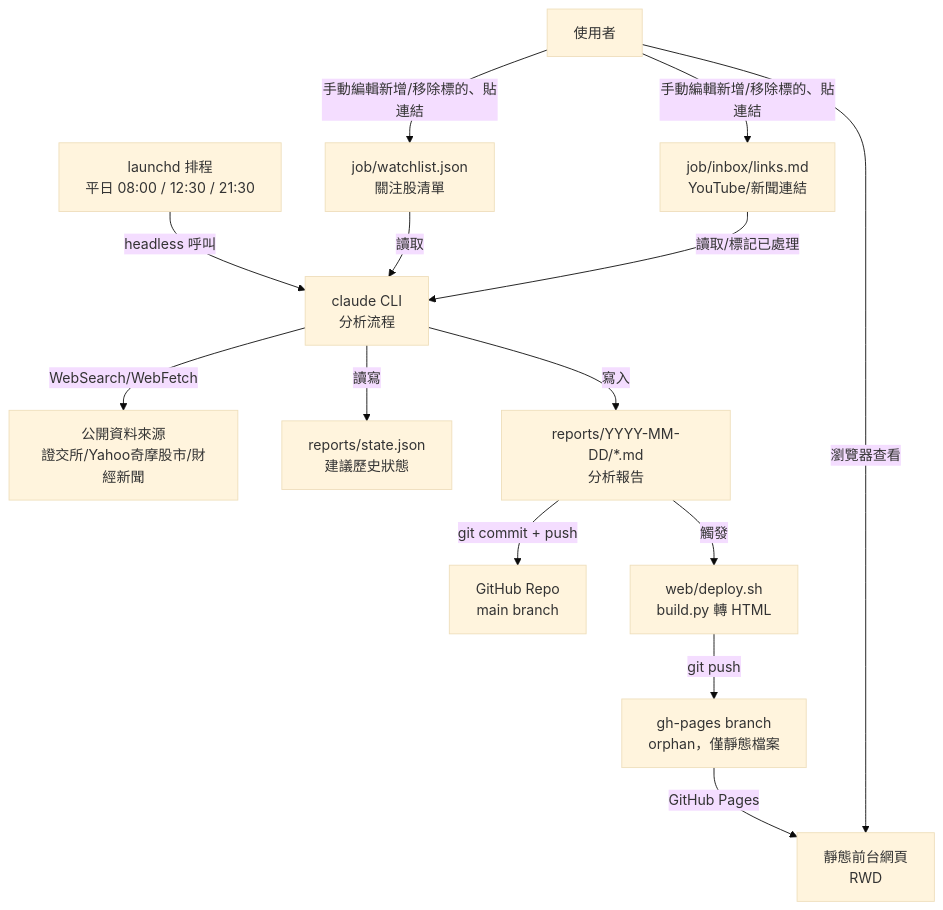
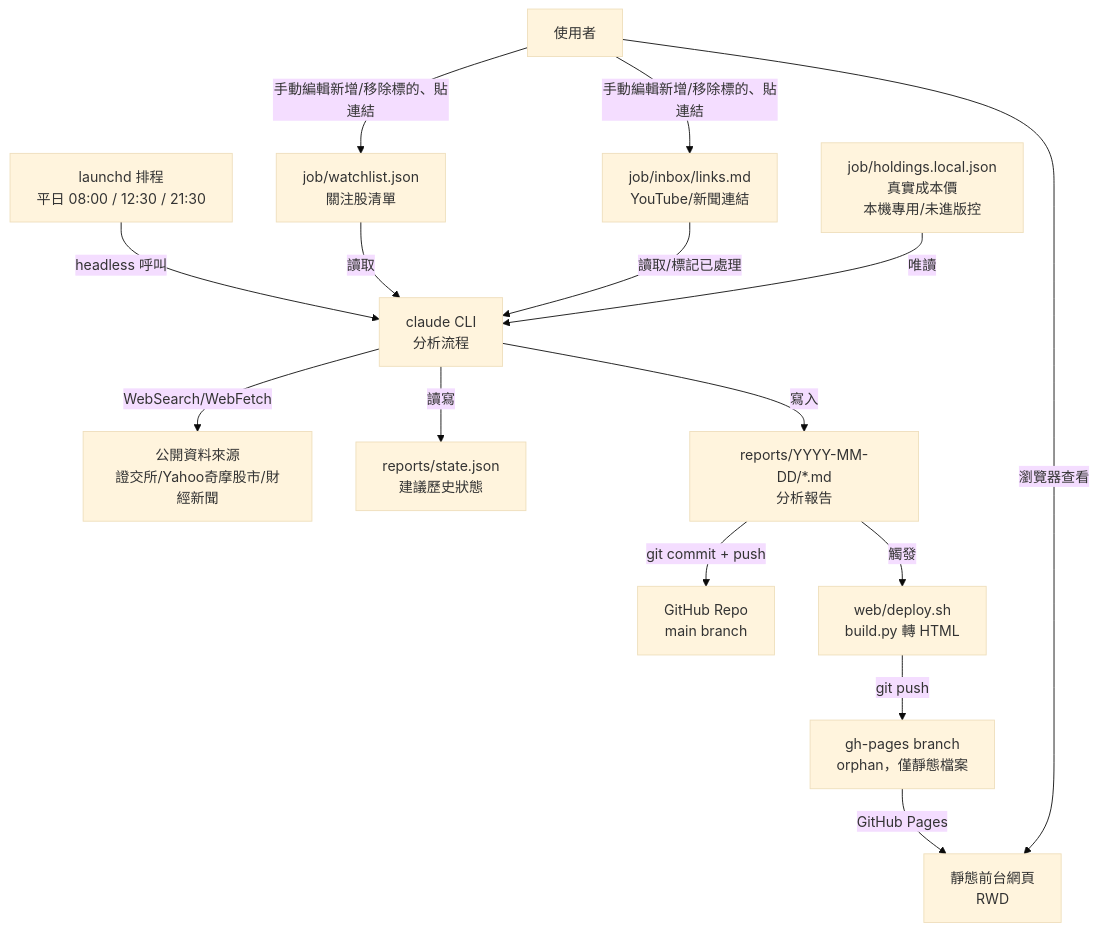
The diagram in docs/design/ARCHITECTURE.md (Blackjtsai/blackj-stock-point-guard), drawn with Mermaid (base theme) before and after one commit. The commit also changed other lines of this file and 11 other files, not shown here.

````diff
--- a/docs/design/ARCHITECTURE.md
+++ b/docs/design/ARCHITECTURE.md
@@ -5,16 +5,17 @@
 ```mermaid
 graph TD
     L[launchd 排程<br/>平日 08:00 / 12:30 / 21:30] -->|headless 呼叫| C[claude CLI<br/>分析流程]
     C -->|WebSearch/WebFetch| D[公開資料來源<br/>證交所/Yahoo奇摩股市/財經新聞]
     WL[job/watchlist.json<br/>關注股清單] -->|讀取| C
     IB[job/inbox/links.md<br/>YouTube/新聞連結] -->|讀取/標記已處理| C
+    HL[job/holdings.local.json<br/>真實成本價<br/>本機專用/未進版控] -->|唯讀| C
     C -->|讀寫| S[reports/state.json<br/>建議歷史狀態]
     C -->|寫入| R[reports/YYYY-MM-DD/*.md<br/>分析報告]
     R -->|git commit + push| G[GitHub Repo<br/>main branch]
     R -->|觸發| B[web/deploy.sh<br/>build.py 轉 HTML]
     B -->|git push| GP[gh-pages branch<br/>orphan，僅靜態檔案]
     GP -->|GitHub Pages| W[靜態前台網頁<br/>RWD]
     U[使用者] -->|瀏覽器查看| W
     U -->|手動編輯新增/移除標的、貼連結| WL
     U -->|手動編輯新增/移除標的、貼連結| IB
 ```
````
